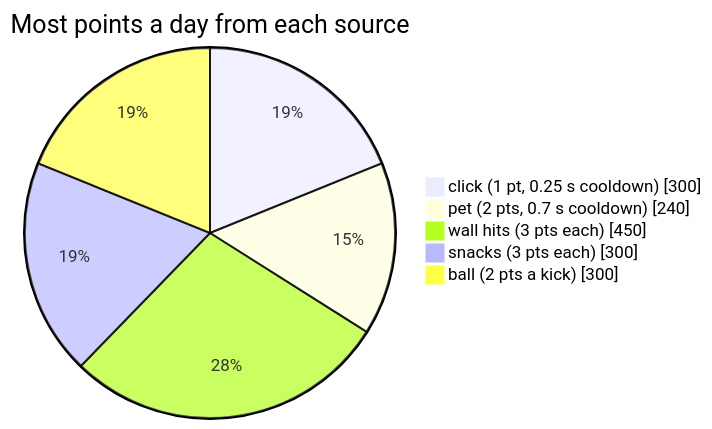
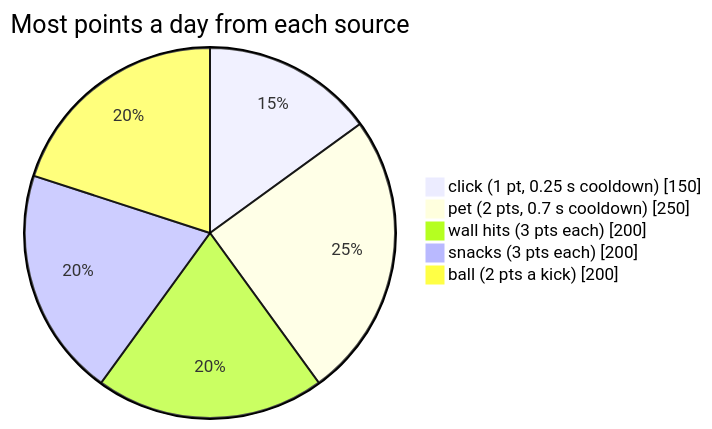
Before and after one commit to Double-bited-Hamburger/DesktopBuddy: the first of 3 diagrams in README.md, drawn with Mermaid. The commit also changed other lines of this file and 8 other files, not shown here.

````diff
--- a/README.md
+++ b/README.md
@@ -59,8 +61,8 @@
 ```mermaid
 pie showData title Most points a day from each source
-    "click (1 pt, 0.25 s cooldown)" : 300
-    "pet (2 pts, 0.7 s cooldown)" : 240
-    "wall hits (3 pts each)" : 450
-    "snacks (3 pts each)" : 300
-    "ball (2 pts a kick)" : 300
+    "click (1 pt, 0.25 s cooldown)" : 150
+    "pet (2 pts, 0.7 s cooldown)" : 250
+    "wall hits (3 pts each)" : 200
+    "snacks (3 pts each)" : 200
+    "ball (2 pts a kick)" : 200
 ```
````
